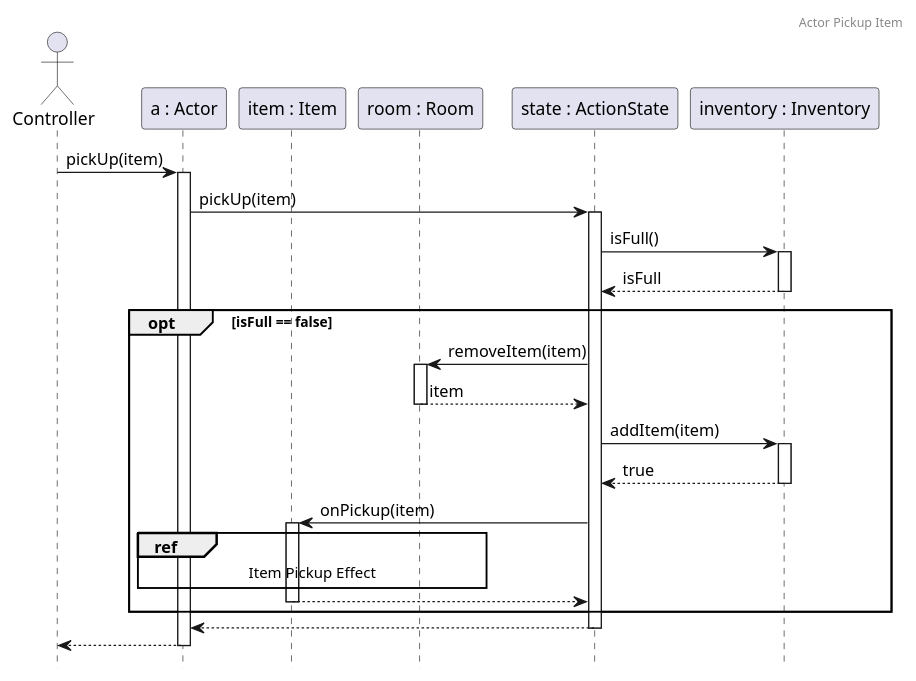
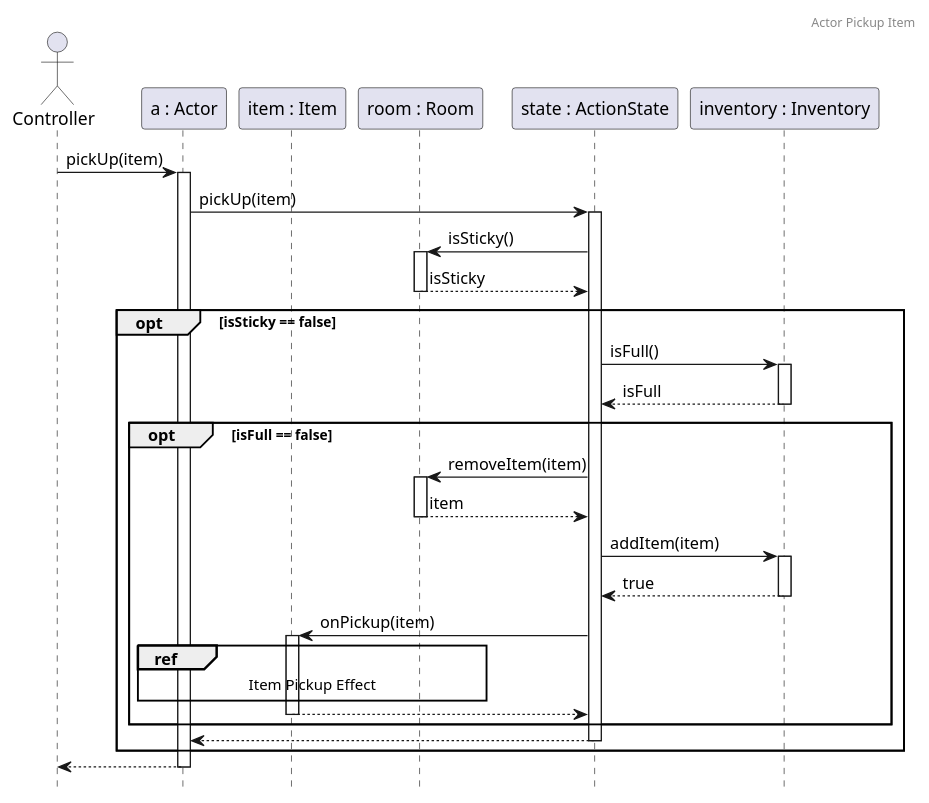
One commit to Kristof-me/Logarlec changed the diagram in docs/sequence/actor/ActorPickupItem.puml. Above: the diagram before and after it, drawn with PlantUML. The commit also changed 1 other file, not shown here.

Commit message:
Add opt for all item pickups (room opt isSticky == false) #91

```diff
--- a/docs/sequence/actor/ActorPickupItem.puml
+++ b/docs/sequence/actor/ActorPickupItem.puml
@@ -1,33 +1,36 @@
 @startuml ActorPickupItem
 header Actor Pickup Item
 
 hide footbox
 autoactivate on
 
 actor A as "Controller"
 participant B as "a : Actor"
 participant D as "item : Item"
 participant E as "room : Room"
 participant C as "state : ActionState"
 participant I as "inventory : Inventory"
 
 A -> B : pickUp(item)
 B -> C : pickUp(item)
+C -> E : isSticky()
+return isSticky
+opt isSticky == false
+    C -> I : isFull()
+    return isFull
 
-C -> I : isFull()
-return isFull
+    opt isFull == false
+        C -> E : removeItem(item)
+        return item
+        C -> I : addItem(item)
+        return true
+        C -> D : onPickup(item)
+        ref over B, D, E : Item Pickup Effect
+        return
+    end
 
-opt isFull == false
-    C -> E : removeItem(item)
-    return item
-    C -> I : addItem(item)
-    return true
-    C -> D : onPickup(item)
-    ref over B, D, E : Item Pickup Effect
     return
 end
-
 return
-return 
 
 @enduml
```
